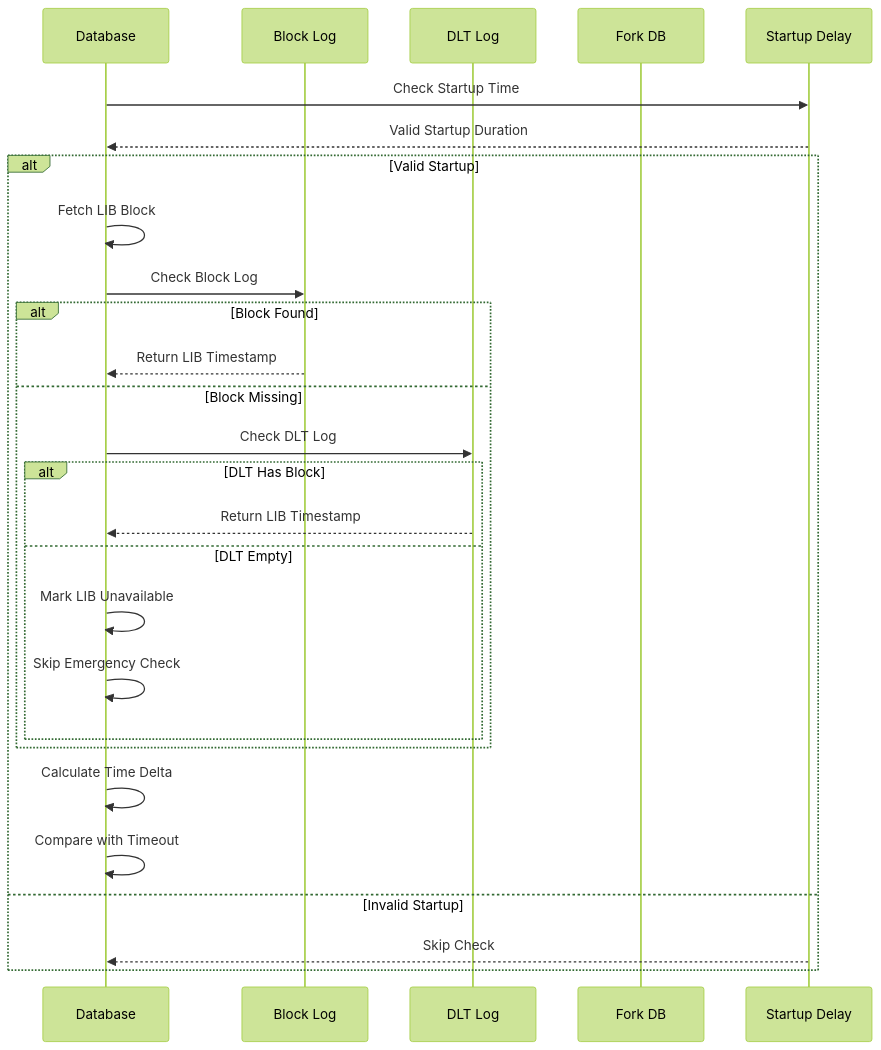
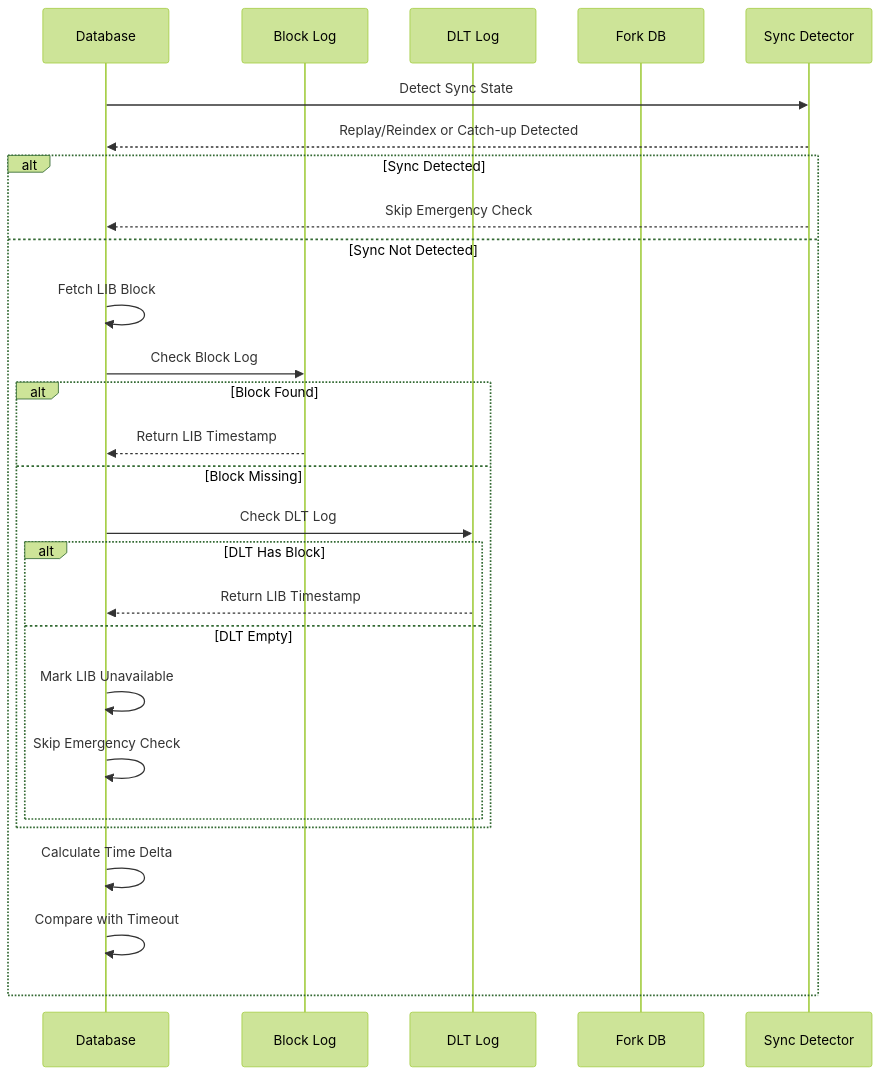
Before and after one commit to VIZ-Blockchain/viz-cpp-node: the fourth of 8 diagrams in .qoder/repowiki/en/content/Core Libraries/Emergency Consensus System.md, drawn with Mermaid (forest theme). The commit also changed other lines of this file and 5 other files, not shown here.

````diff
--- a/.qoder/repowiki/en/content/Core Libraries/Emergency Consensus System.md
+++ b/.qoder/repowiki/en/content/Core Libraries/Emergency Consensus System.md
@@ -235,29 +239,29 @@
 ```mermaid
 sequenceDiagram
 participant DB as Database
 participant BL as Block Log
 participant DLT as DLT Log
 participant FD as Fork DB
-participant SD as Startup Delay
-DB->>SD : Check Startup Time
-SD-->>DB : Valid Startup Duration
-alt Valid Startup
+participant SD as Sync Detector
+DB->>SD : Detect Sync State
+SD-->>DB : Replay/Reindex or Catch-up Detected
+alt Sync Detected
+SD-->>DB : Skip Emergency Check
+else Sync Not Detected
 DB->>DB : Fetch LIB Block
 DB->>BL : Check Block Log
 alt Block Found
 BL-->>DB : Return LIB Timestamp
 else Block Missing
 DB->>DLT : Check DLT Log
 alt DLT Has Block
 DLT-->>DB : Return LIB Timestamp
 else DLT Empty
 DB->>DB : Mark LIB Unavailable
 DB->>DB : Skip Emergency Check
 end
 end
 DB->>DB : Calculate Time Delta
 DB->>DB : Compare with Timeout
-else Invalid Startup
-SD-->>DB : Skip Check
 end
 ```
````
